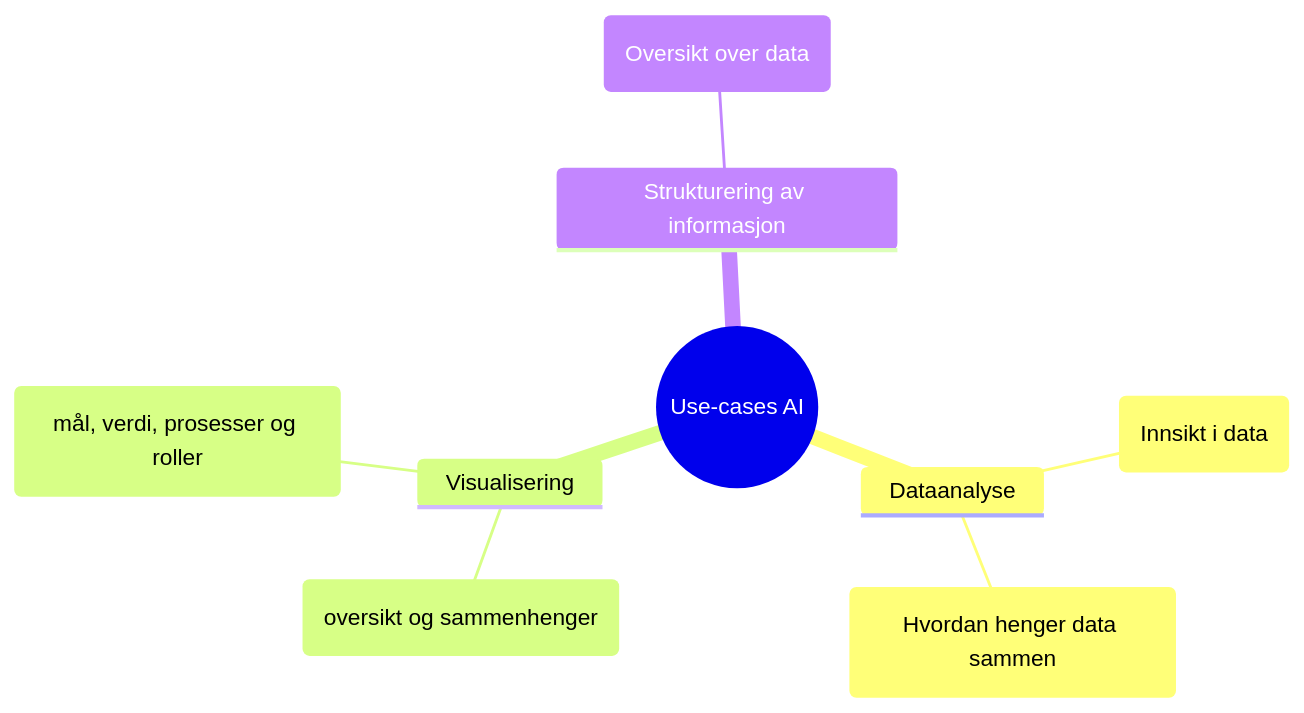
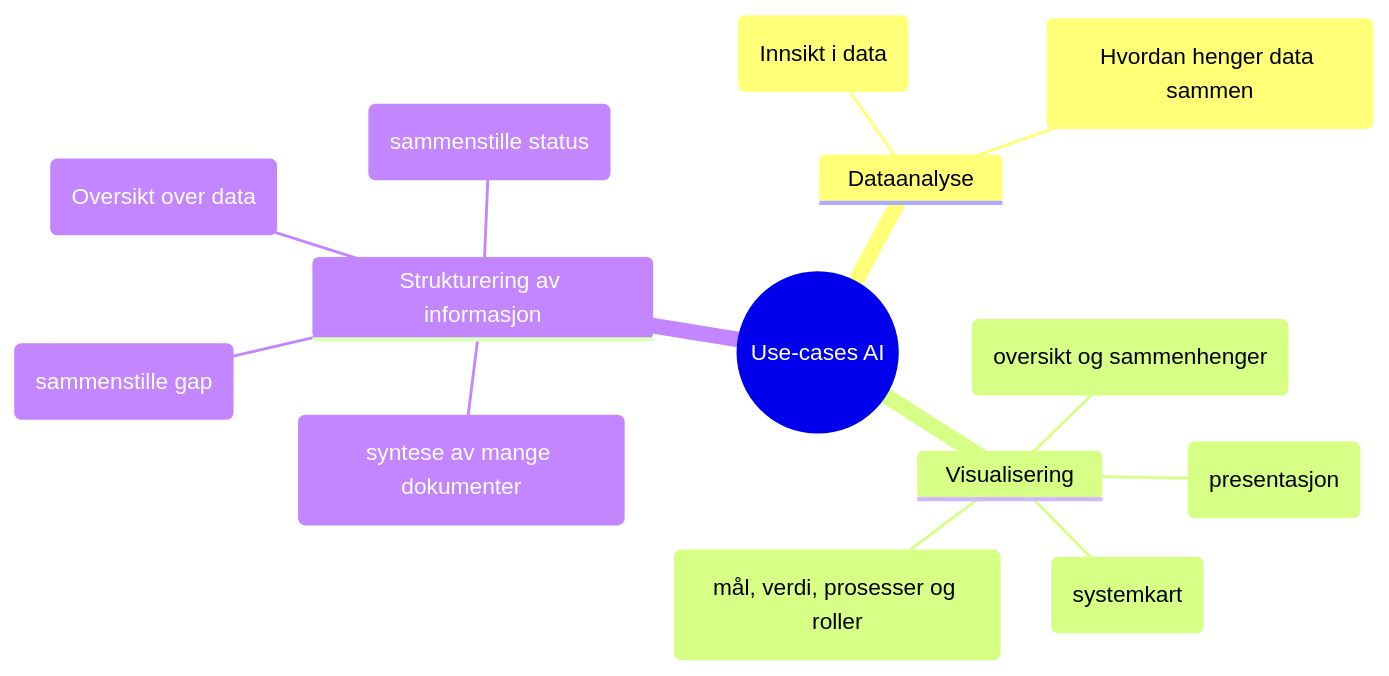
Before and after one commit to hdir/architecture-by-ai: the diagram in README.md, drawn with Mermaid. The commit also changed other lines of this file, not shown here.

````diff
--- a/README.md
+++ b/README.md
@@ -17,12 +18,17 @@
 ```mermaid
 mindmap
    ((Use-cases AI))
       Dataanalyse
          (Innsikt i data)
          (Hvordan henger data sammen)
       Visualisering
          (oversikt og sammenhenger)
          (mål, verdi, prosesser og roller)
+         (presentasjon)
+         (systemkart)
       Strukturering av informasjon
          (Oversikt over data)
+         (syntese av mange dokumenter)
+         (sammenstille status)
+         (sammenstille gap)
 ```
````
